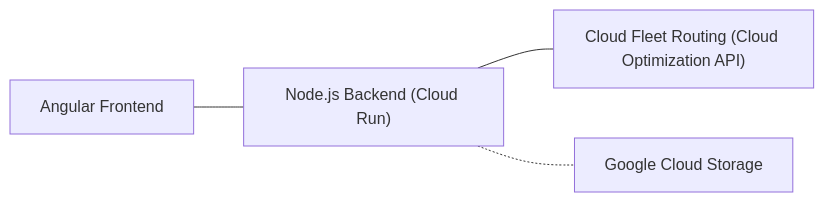
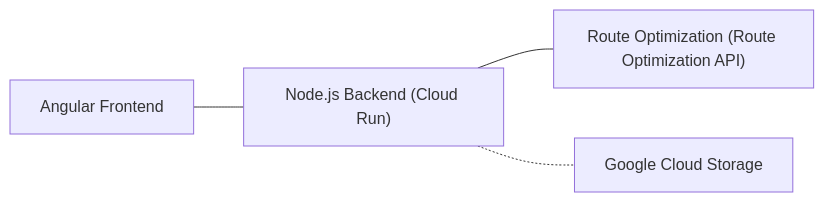
One commit to googlemaps/js-route-optimization-app changed the diagram in docs/architecture.md. Above: the diagram before and after it, drawn with Mermaid. The commit also changed other lines of this file and 4 other files, not shown here.

````diff
--- a/docs/architecture.md
+++ b/docs/architecture.md
@@ -17,6 +17,6 @@
 ```mermaid
 flowchart LR
     F[Angular Frontend] --- B["Node.js Backend (Cloud Run)"]
-    B --- C["Cloud Fleet Routing (Cloud Optimization API)"]
+    B --- C["Route Optimization (Route Optimization API)"]
     B -.- S[Google Cloud Storage]
 ```
````
